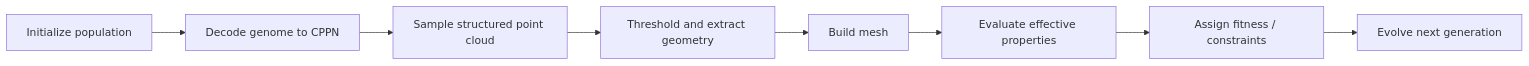
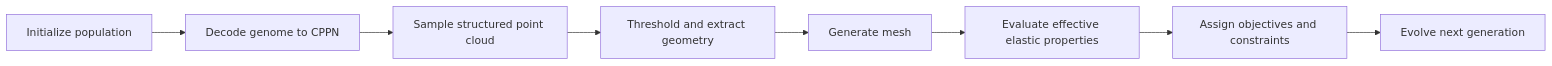
The diagram in README.md (mh-yan/evo_cppn_material), drawn with Mermaid before and after one commit. The commit also changed other lines of this file, not shown here.

````diff
--- a/README.md
+++ b/README.md
@@ -28,10 +35,10 @@
 ```mermaid
 flowchart LR
     A[Initialize population] --> B[Decode genome to CPPN]
     B --> C[Sample structured point cloud]
     C --> D[Threshold and extract geometry]
-    D --> E[Build mesh]
-    E --> F[Evaluate effective properties]
-    F --> G[Assign fitness / constraints]
+    D --> E[Generate mesh]
+    E --> F[Evaluate effective elastic properties]
+    F --> G[Assign objectives and constraints]
     G --> H[Evolve next generation]
 ```
````
